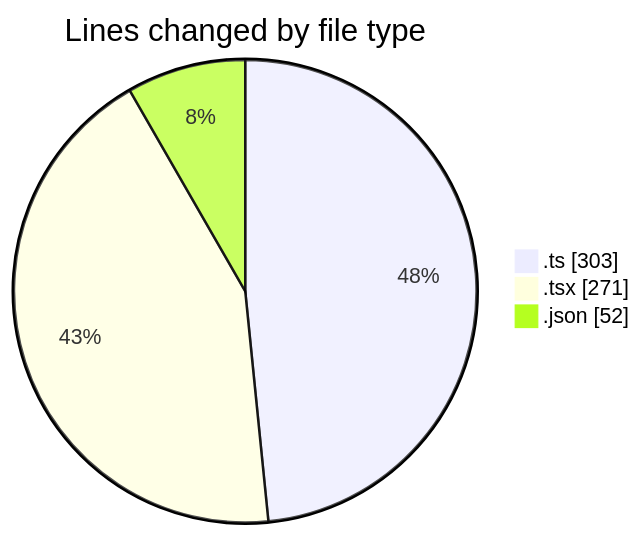
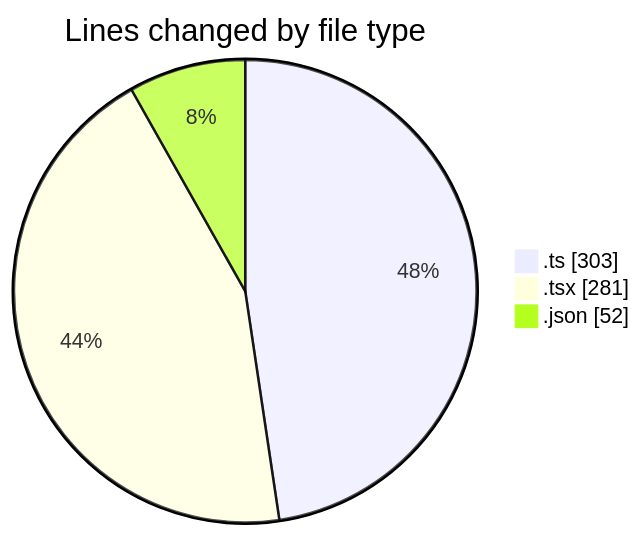
The first of 2 diagrams in 2025-11-24/eventscop-frontend-guide__workspace_/README.md (julien-gomy/code-tracking), drawn with Mermaid before and after one commit. The commit also changed other lines of this file and 1 other file, not shown here.

````diff
--- a/2025-11-24/eventscop-frontend-guide__workspace_/README.md
+++ b/2025-11-24/eventscop-frontend-guide__workspace_/README.md
@@ -29,7 +29,7 @@
 ```mermaid
 pie showData
 title Lines changed by file type
 ".ts" : 303
-".tsx" : 271
+".tsx" : 281
 ".json" : 52
 ```
````
